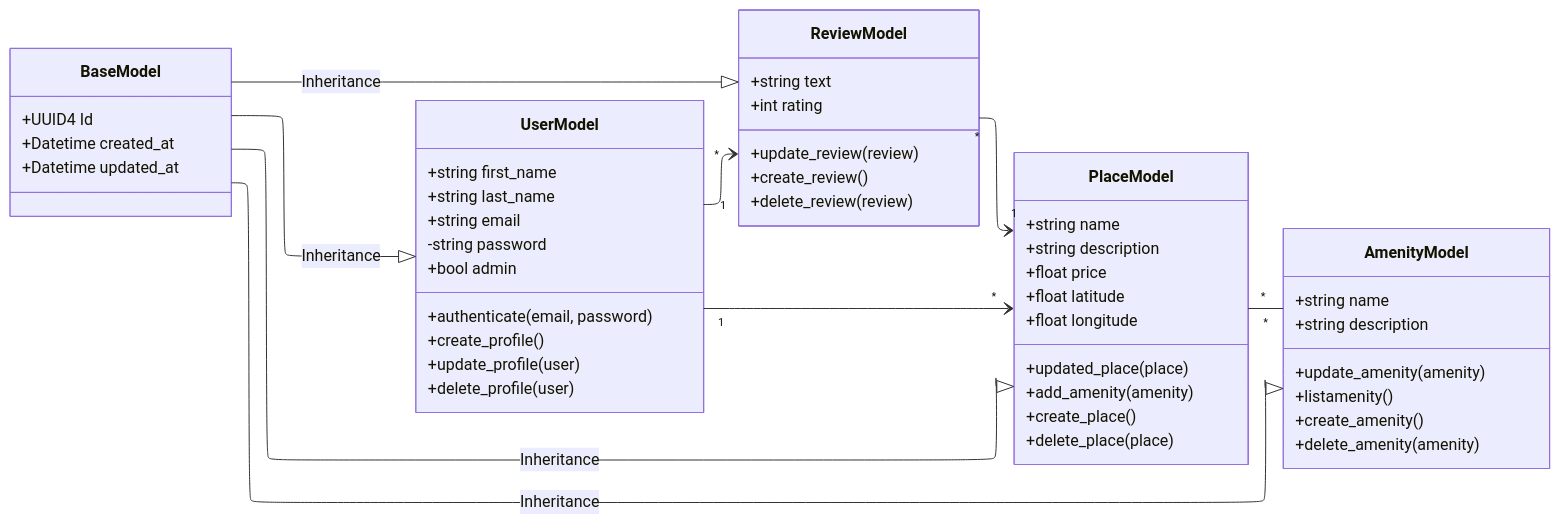
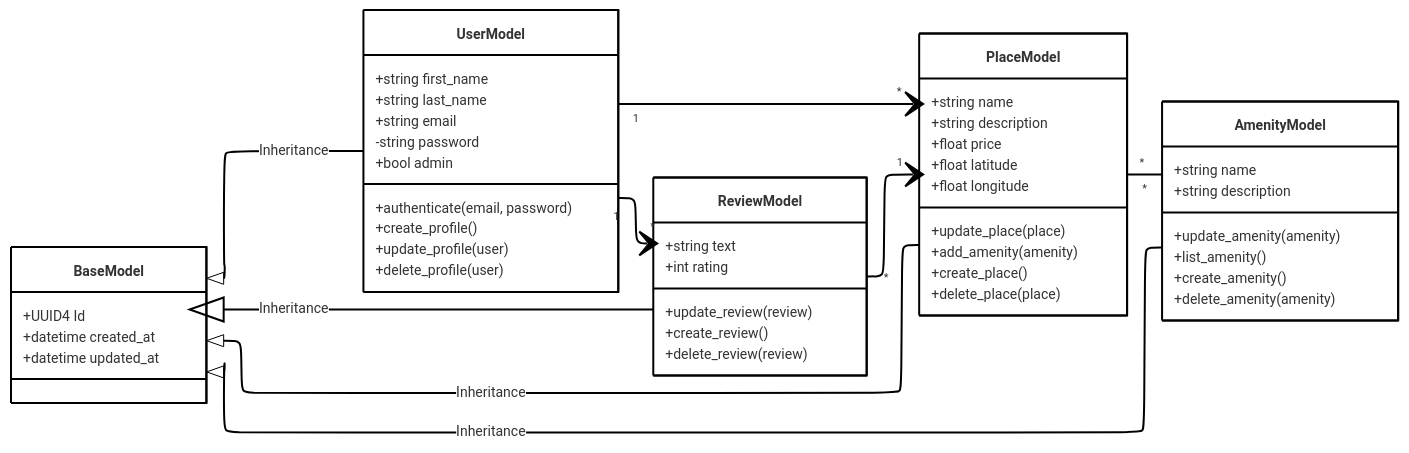
Before and after one commit to Krapaud/holbertonschool-hbnb: the diagram in part1/Business_Logic_Layer_Diagram.mmd, drawn with Mermaid.

Commit message:
refactor Business Logic Layer diagram for consistency and clarity

```diff
--- a/part1/Business_Logic_Layer_Diagram.mmd
+++ b/part1/Business_Logic_Layer_Diagram.mmd
@@ -1,57 +1,58 @@
 ---
 config:
   layout: elk
-  theme: mc
+  theme: neo
 ---
 classDiagram
 direction LR
+    class BaseModel {
+	    +UUID4 Id
+	    +datetime created_at
+	    +datetime updated_at
+    }
     class PlaceModel {
 	    +string name
 	    +string description
 	    +float price
 	    +float latitude
 	    +float longitude
-	    +updated_place(place)
+	    +update_place(place)
 	    +add_amenity(amenity)
 	    +create_place()
 	    +delete_place(place)
     }
     class AmenityModel {
 	    +string name
 	    +string description
 	    +update_amenity(amenity)
-	    +listamenity()
+	    +list_amenity()
 	    +create_amenity()
 	    +delete_amenity(amenity)
     }
     class UserModel {
 	    +string first_name
 	    +string last_name
 	    +string email
 	    -string password
 	    +bool admin
 	    +authenticate(email, password)
 	    +create_profile()
 	    +update_profile(user)
 	    +delete_profile(user)
     }
     class ReviewModel {
 	    +string text
 	    +int rating
 	    +update_review(review)
 	    +create_review()
 	    +delete_review(review)
     }
-    class BaseModel {
-	    +UUID4 Id
-	    +Datetime created_at
-	    +Datetime updated_at
-    }
-    BaseModel --|> ReviewModel : Inheritance
-    BaseModel --|> PlaceModel : Inheritance
-    BaseModel --|> UserModel : Inheritance
-    BaseModel --|> AmenityModel : Inheritance
+
+    BaseModel <|-- PlaceModel : Inheritance
+    BaseModel <|-- UserModel : Inheritance
+    BaseModel <|-- AmenityModel : Inheritance
     UserModel "1" --> "*" PlaceModel
     UserModel "1" --> "*" ReviewModel
     ReviewModel "*" --> "1" PlaceModel
     PlaceModel "*" -- "*" AmenityModel
+    ReviewModel --|> BaseModel : Inheritance
```
